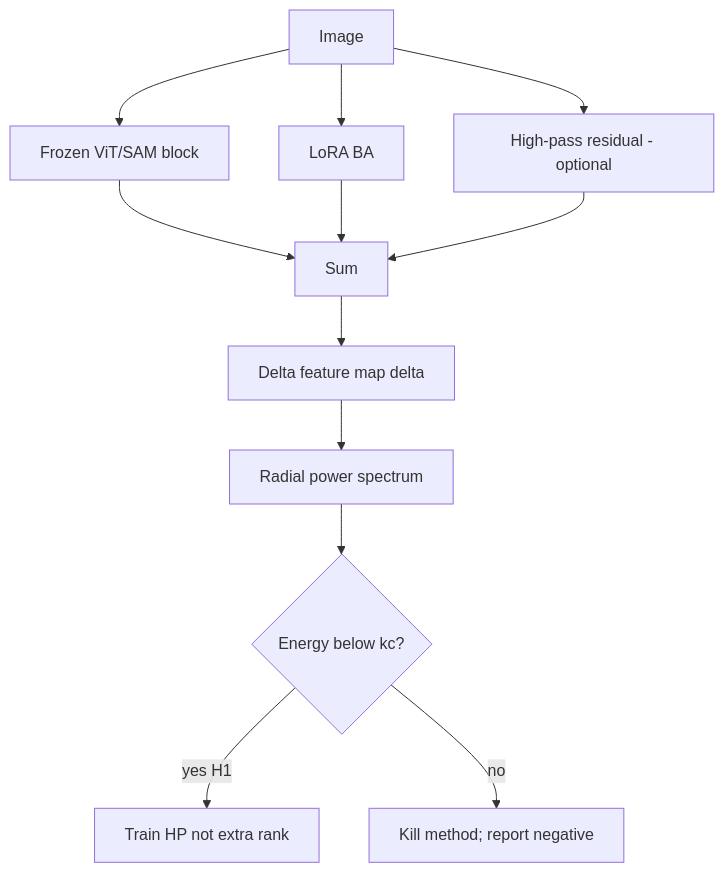
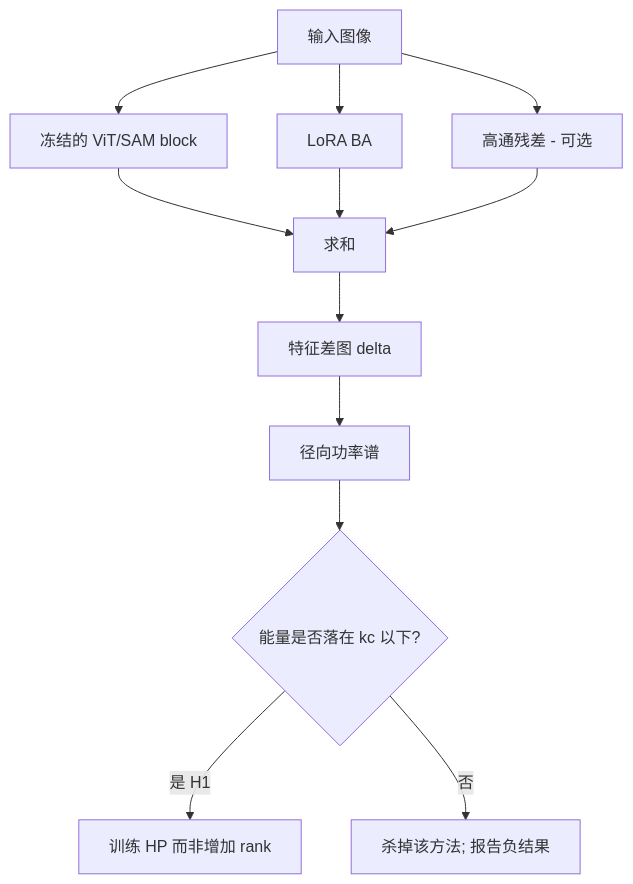
Before and after one commit to songkang688/idea: the diagram in Windows8/Idea_02/diagrams/architecture.md, drawn with Mermaid. The commit also changed 24 other files, not shown here.

````diff
--- a/Windows8/Idea_02/diagrams/architecture.md
+++ b/Windows8/Idea_02/diagrams/architecture.md
@@ -1,14 +1,14 @@
 ```mermaid
 flowchart TB
-  x[Image] --> W[Frozen ViT/SAM block]
+  x[输入图像] --> W[冻结的 ViT/SAM block]
   x --> BA[LoRA BA]
-  x --> HP[High-pass residual - optional]
-  W --> add[Sum]
+  x --> HP[高通残差 - 可选]
+  W --> add[求和]
   BA --> add
   HP --> add
-  add --> d[Delta feature map delta]
-  d --> fft[Radial power spectrum]
-  fft --> h1{Energy below kc?}
-  h1 -->|yes H1| hpTrain[Train HP not extra rank]
-  h1 -->|no| kill[Kill method; report negative]
+  add --> d[特征差图 delta]
+  d --> fft[径向功率谱]
+  fft --> h1{能量是否落在 kc 以下?}
+  h1 -->|是 H1| hpTrain[训练 HP 而非增加 rank]
+  h1 -->|否| kill[杀掉该方法; 报告负结果]
 ```
````
